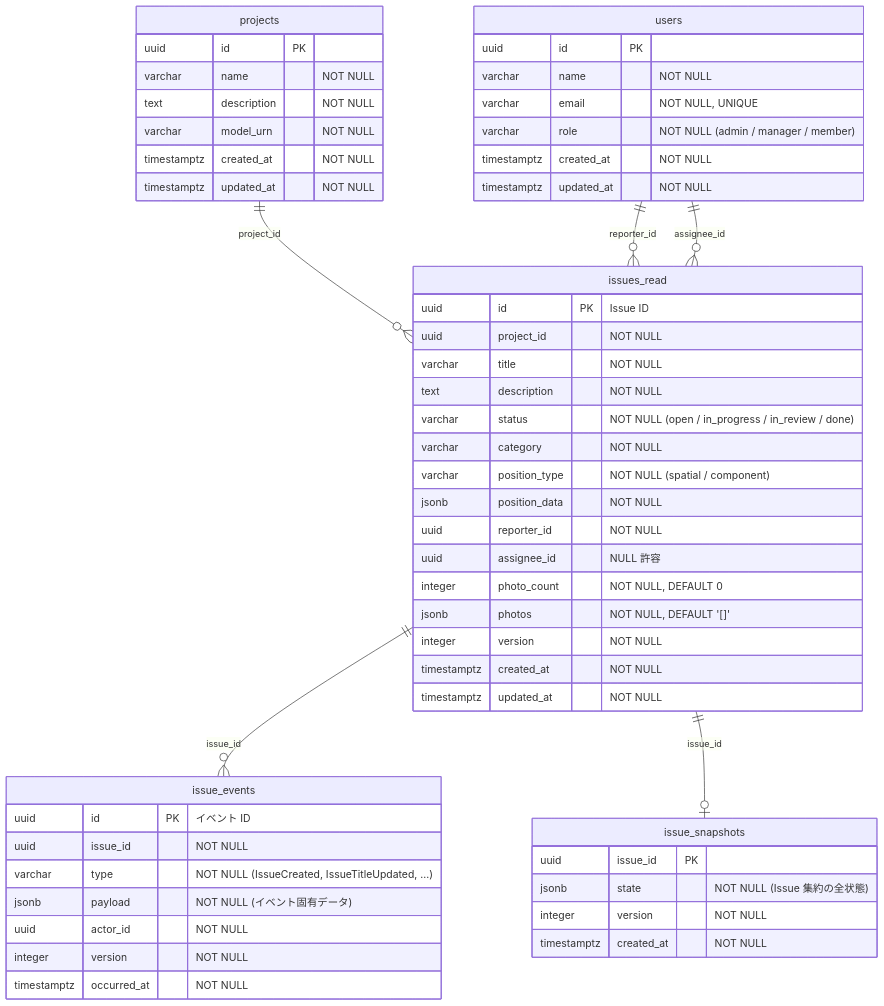
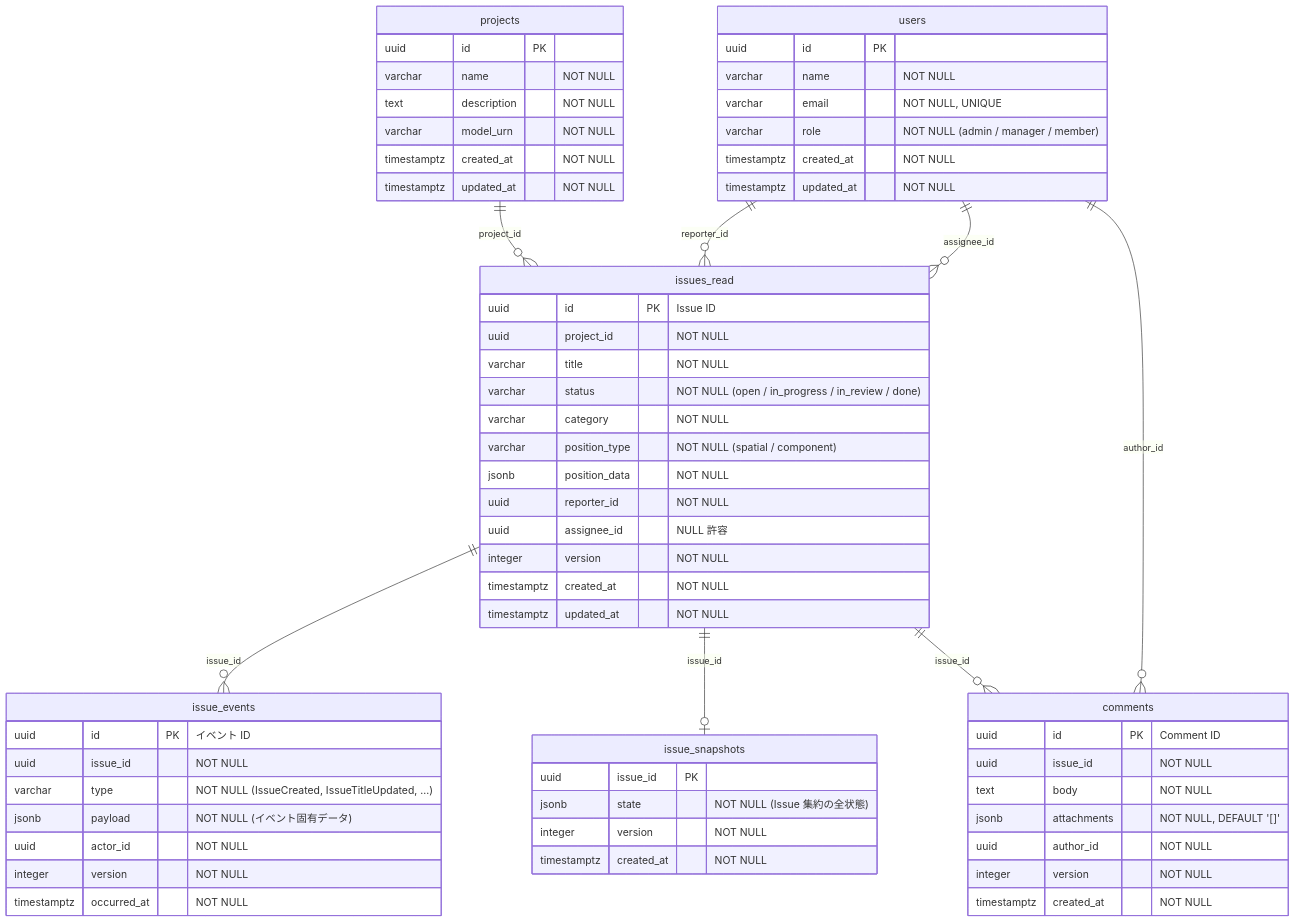
The second of 3 diagrams in docs/guides/domain-model.md (momotaro/aps-issue-manager), drawn with Mermaid before and after one commit. The commit also changed other lines of this file and 58 other files, not shown here.

````diff
--- a/docs/guides/domain-model.md
+++ b/docs/guides/domain-model.md
@@ -43,61 +45,70 @@
 ```mermaid
 erDiagram
     users {
         uuid id PK
         varchar name "NOT NULL"
         varchar email "NOT NULL, UNIQUE"
         varchar role "NOT NULL (admin / manager / member)"
         timestamptz created_at "NOT NULL"
         timestamptz updated_at "NOT NULL"
     }
 
     projects {
         uuid id PK
         varchar name "NOT NULL"
         text description "NOT NULL"
         varchar model_urn "NOT NULL"
         timestamptz created_at "NOT NULL"
         timestamptz updated_at "NOT NULL"
     }
 
     issue_events {
         uuid id PK "イベント ID"
         uuid issue_id "NOT NULL"
         varchar type "NOT NULL (IssueCreated, IssueTitleUpdated, ...)"
         jsonb payload "NOT NULL (イベント固有データ)"
         uuid actor_id "NOT NULL"
         integer version "NOT NULL"
         timestamptz occurred_at "NOT NULL"
     }
 
     issues_read {
         uuid id PK "Issue ID"
         uuid project_id "NOT NULL"
         varchar title "NOT NULL"
-        text description "NOT NULL"
         varchar status "NOT NULL (open / in_progress / in_review / done)"
         varchar category "NOT NULL"
         varchar position_type "NOT NULL (spatial / component)"
         jsonb position_data "NOT NULL"
         uuid reporter_id "NOT NULL"
         uuid assignee_id "NULL 許容"
-        integer photo_count "NOT NULL, DEFAULT 0"
-        jsonb photos "NOT NULL, DEFAULT '[]'"
         integer version "NOT NULL"
         timestamptz created_at "NOT NULL"
         timestamptz updated_at "NOT NULL"
+    }
+
+    comments {
+        uuid id PK "Comment ID"
+        uuid issue_id "NOT NULL"
+        text body "NOT NULL"
+        jsonb attachments "NOT NULL, DEFAULT '[]'"
+        uuid author_id "NOT NULL"
+        integer version "NOT NULL"
+        timestamptz created_at "NOT NULL"
     }
 
     issue_snapshots {
         uuid issue_id PK
         jsonb state "NOT NULL (Issue 集約の全状態)"
         integer version "NOT NULL"
         timestamptz created_at "NOT NULL"
     }
 
     projects ||--o{ issues_read : "project_id"
     users ||--o{ issues_read : "reporter_id"
     users ||--o{ issues_read : "assignee_id"
     issues_read ||--o{ issue_events : "issue_id"
     issues_read ||--o| issue_snapshots : "issue_id"
+    issues_read ||--o{ comments : "issue_id"
+    users ||--o{ comments : "author_id"
 ```
````
